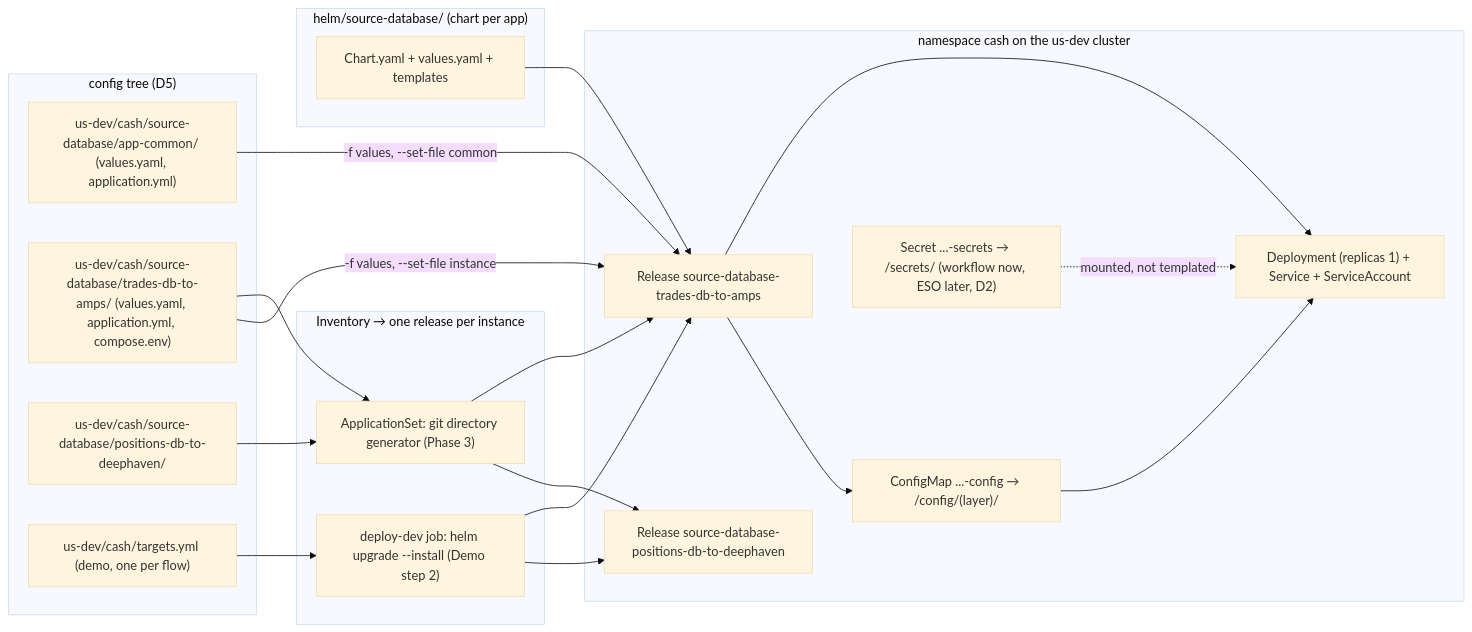
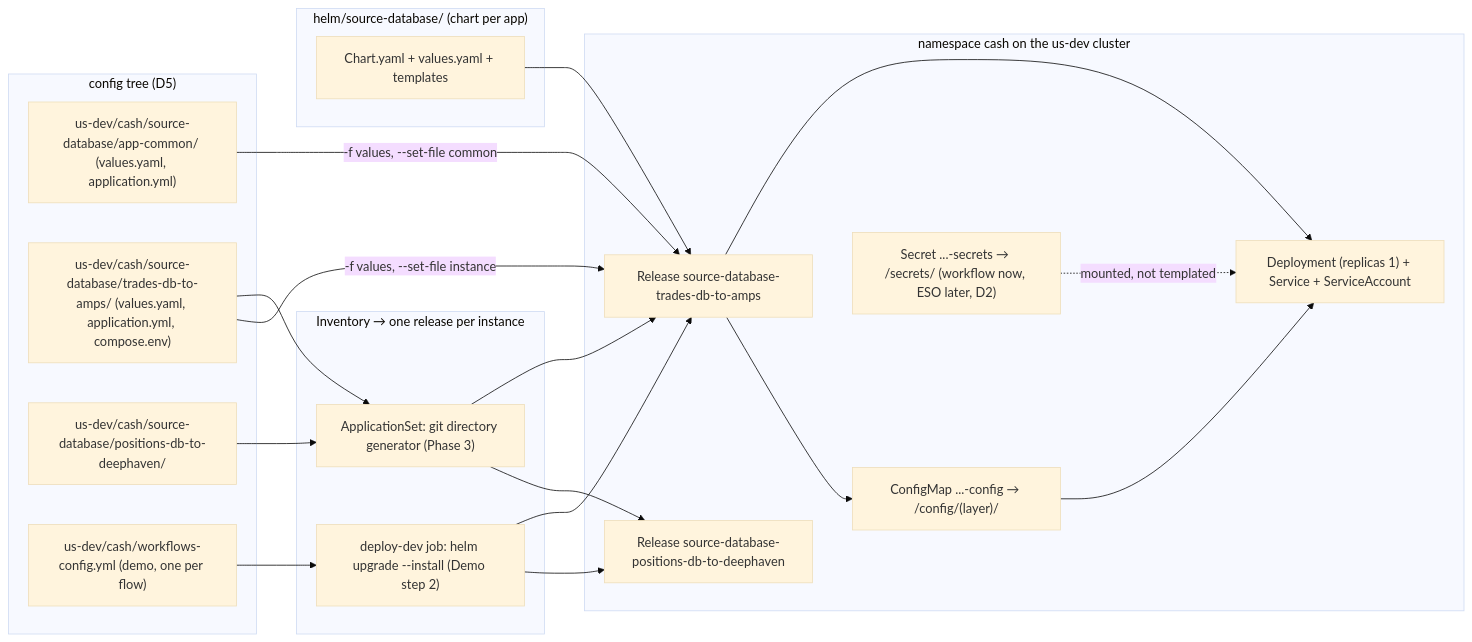
The first of 3 diagrams in docs/11-kubernetes-packaging-and-gitops.md (crazymatthsu/github-demo), drawn with Mermaid (base theme) before and after one commit. The commit also changed other lines of this file and 25 other files, not shown here.

First line of the commit message:
refactor(config): rename the per-flow deploy inventory to workflows-config.yml

````diff
--- a/docs/11-kubernetes-packaging-and-gitops.md
+++ b/docs/11-kubernetes-packaging-and-gitops.md
@@ -289,37 +289,37 @@
 ```mermaid
 flowchart LR
   subgraph tree["config tree (D5)"]
     ac["us-dev/cash/source-database/app-common/ (values.yaml, application.yml)"]
     i1["us-dev/cash/source-database/trades-db-to-amps/ (values.yaml, application.yml, compose.env)"]
     i2["us-dev/cash/source-database/positions-db-to-deephaven/"]
-    tg["us-dev/cash/targets.yml (demo, one per flow)"]
+    tg["us-dev/cash/workflows-config.yml (demo, one per flow)"]
   end
   subgraph inv["Inventory → one release per instance"]
     dd["deploy-dev job: helm upgrade --install (Demo step 2)"]
     as["ApplicationSet: git directory generator (Phase 3)"]
   end
   subgraph chart["helm/source-database/ (chart per app)"]
     ch["Chart.yaml + values.yaml + templates"]
   end
   subgraph ns["namespace cash on the us-dev cluster"]
     r1["Release source-database-trades-db-to-amps"]
     d1["Deployment (replicas 1) + Service + ServiceAccount"]
     c1["ConfigMap ...-config → /config/(layer)/"]
     s1["Secret ...-secrets → /secrets/ (workflow now, ESO later, D2)"]
     r2["Release source-database-positions-db-to-deephaven"]
   end
   tg --> dd
   i1 --> as
   i2 --> as
   ac -->|"-f values, --set-file common"| r1
   i1 -->|"-f values, --set-file instance"| r1
   ch --> r1
   dd --> r1
   as --> r1
   as --> r2
   dd --> r2
   r1 --> d1
   r1 --> c1
   s1 -.->|"mounted, not templated"| d1
   c1 --> d1
 ```
````
